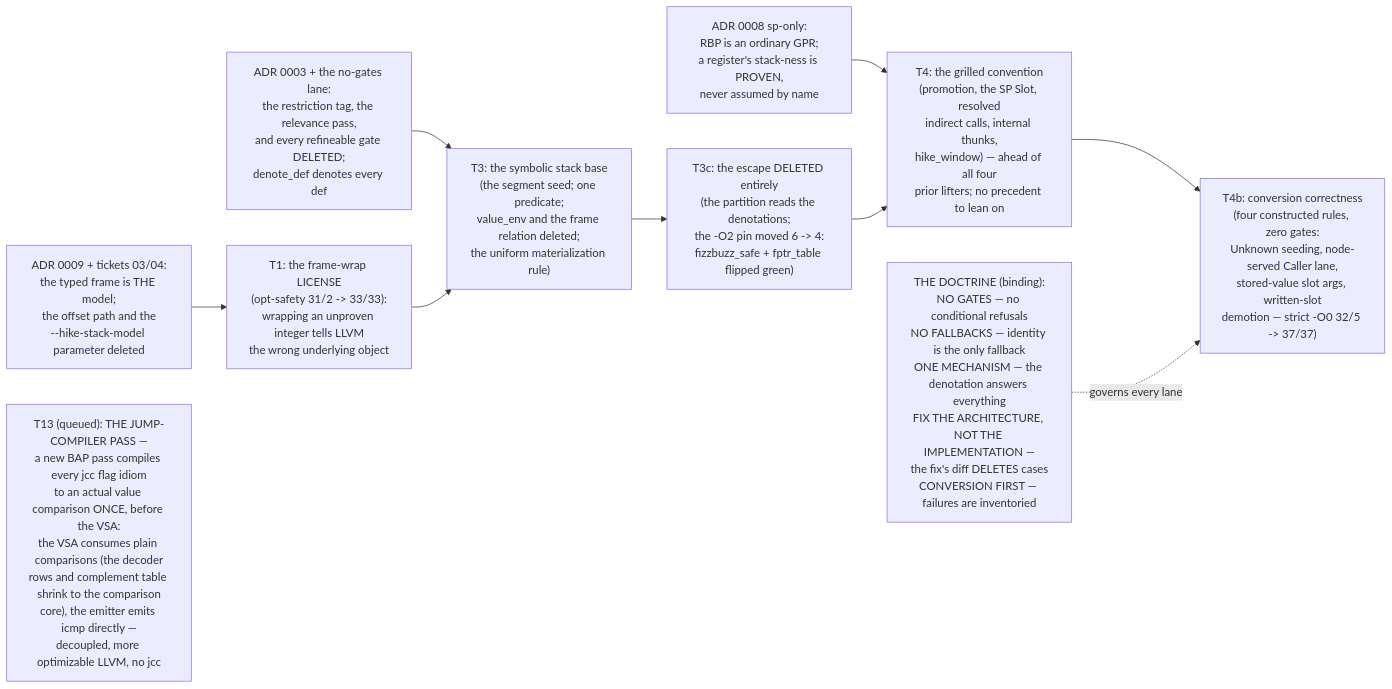
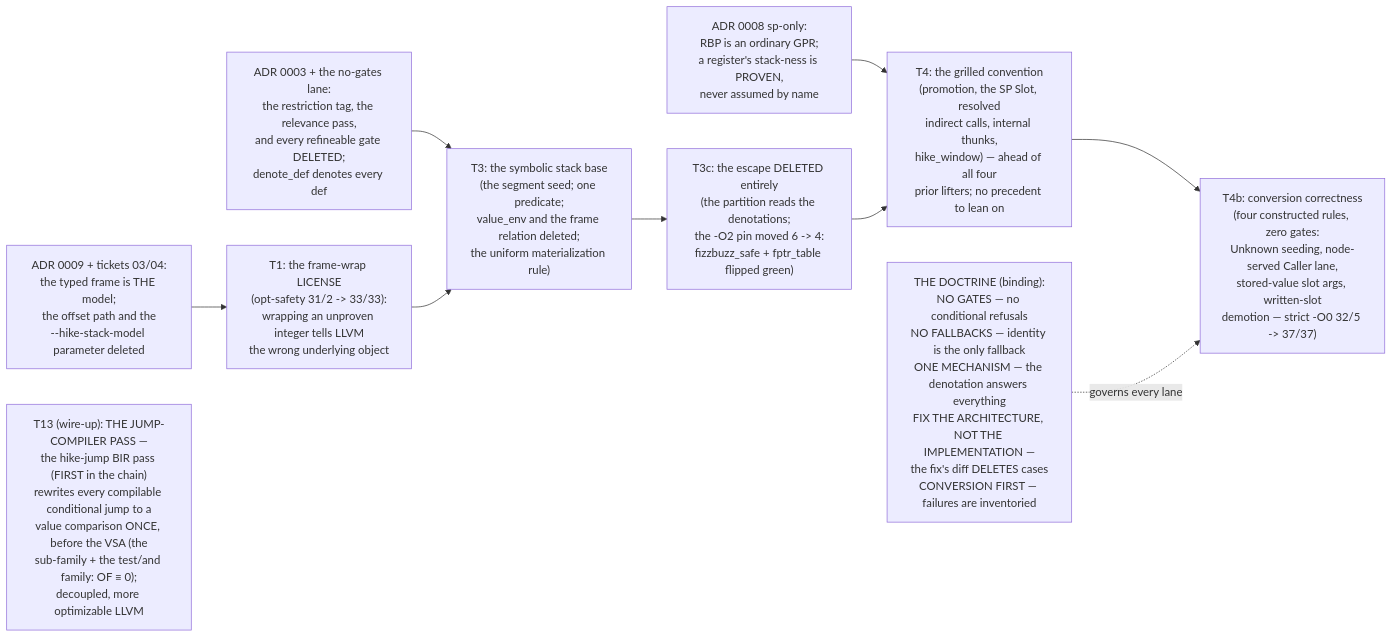
Before and after one commit to Angs12/hike: the fourth of 6 diagrams in docs/architecture-map.md, drawn with Mermaid. The commit also changed other lines of this file and 5 other files, not shown here.

Commit message:
t13: the wire-up — the pass registered (first-in-chain) + the and/test family (OF:=0) with 9 pins; the VSA-removal phase measured NOT precision-neutral (17/37 strict -O0 with the decoding deleted) and REVERTED per the owner's stop condition; verdict + census (362/363 compiled) + optimizability rows

````diff
--- a/docs/architecture-map.md
+++ b/docs/architecture-map.md
@@ -121,18 +121,18 @@
 ```mermaid
 flowchart LR
     ADR3["ADR 0003 + the no-gates lane:<br/>the restriction tag, the relevance pass,<br/>and every refineable gate DELETED;<br/>denote_def denotes every def"]
     ADR8["ADR 0008 sp-only:<br/>RBP is an ordinary GPR;<br/>a register's stack-ness is PROVEN,<br/>never assumed by name"]
     ADR9["ADR 0009 + tickets 03/04:<br/>the typed frame is THE model;<br/>the offset path and the<br/>--hike-stack-model parameter deleted"]
     T1r["T1: the frame-wrap LICENSE<br/>(opt-safety 31/2 -> 33/33):<br/>wrapping an unproven integer tells LLVM<br/>the wrong underlying object"]
     T3r["T3: the symbolic stack base<br/>(the segment seed; one predicate;<br/>value_env and the frame relation deleted;<br/>the uniform materialization rule)"]
     T3cr["T3c: the escape DELETED entirely<br/>(the partition reads the denotations;<br/>the -O2 pin moved 6 -> 4:<br/>fizzbuzz_safe + fptr_table flipped green)"]
     T4r["T4: the grilled convention<br/>(promotion, the SP Slot, resolved<br/>indirect calls, internal thunks,<br/>hike_window) — ahead of all four<br/>prior lifters; no precedent to lean on"]
     T4br["T4b: conversion correctness<br/>(four constructed rules, zero gates:<br/>Unknown seeding, node-served Caller lane,<br/>stored-value slot args, written-slot<br/>demotion — strict -O0 32/5 -> 37/37)"]
-    T13["T13 (queued): THE JUMP-COMPILER PASS —<br/>a new BAP pass compiles every jcc flag idiom<br/>to an actual value comparison ONCE, before the VSA:<br/>the VSA consumes plain comparisons (the decoder<br/>rows and complement table shrink to the comparison<br/>core), the emitter emits icmp directly —<br/>decoupled, more optimizable LLVM, no jcc"]
+    T13["T13 (wire-up): THE JUMP-COMPILER PASS —<br/>the hike-jump BIR pass (FIRST in the chain)<br/>rewrites every compilable conditional jump to a<br/>value comparison ONCE, before the VSA (the<br/>sub-family + the test/and family: OF ≡ 0);<br/>decoupled, more optimizable LLVM"]
     DOCT["THE DOCTRINE (binding):<br/>NO GATES — no conditional refusals<br/>NO FALLBACKS — identity is the only fallback<br/>ONE MECHANISM — the denotation answers everything<br/>FIX THE ARCHITECTURE, NOT THE IMPLEMENTATION —<br/>the fix's diff DELETES cases<br/>CONVERSION FIRST — failures are inventoried"]
 
     ADR3 --> T3r
     ADR8 --> T4r
     ADR9 --> T1r --> T3r --> T3cr --> T4r --> T4br
     DOCT -.governs every lane.-> T4br
 ```
````
